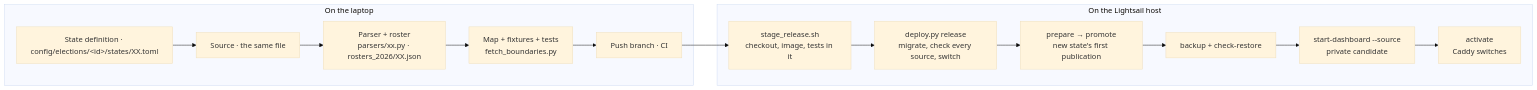
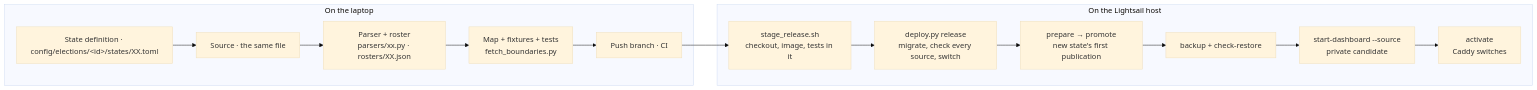
One commit to Naman4561/us-election-results-pipeline changed the second of 5 diagrams in docs/architecture/operations.md. Above: the diagram before and after it, drawn with Mermaid (base theme). The commit also changed 83 other files, not shown here.

````diff
--- a/docs/architecture/operations.md
+++ b/docs/architecture/operations.md
@@ -32,19 +32,19 @@
 ```mermaid
 flowchart LR
     subgraph dev["On the laptop"]
         A["State definition · config/elections/&lt;id&gt;/states/XX.toml"] --> B["Source · the same file"]
-        B --> C["Parser + roster<br/>parsers/xx.py · rosters_2026/XX.json"]
+        B --> C["Parser + roster<br/>parsers/xx.py · rosters/XX.json"]
         C --> E["Map + fixtures + tests<br/>fetch_boundaries.py"]
         E --> F["Push branch · CI"]
     end
     subgraph host["On the Lightsail host"]
         G["stage_release.sh<br/>checkout, image, tests in it"]
         H["deploy.py release<br/>migrate, check every source, switch"]
         I["prepare → promote<br/>new state's first publication"]
         J["backup + check-restore"]
         K["start-dashboard --source<br/>private candidate"]
         L["activate<br/>Caddy switches"]
         G --> H --> I --> J --> K --> L
     end
     F --> G
 ```
````
